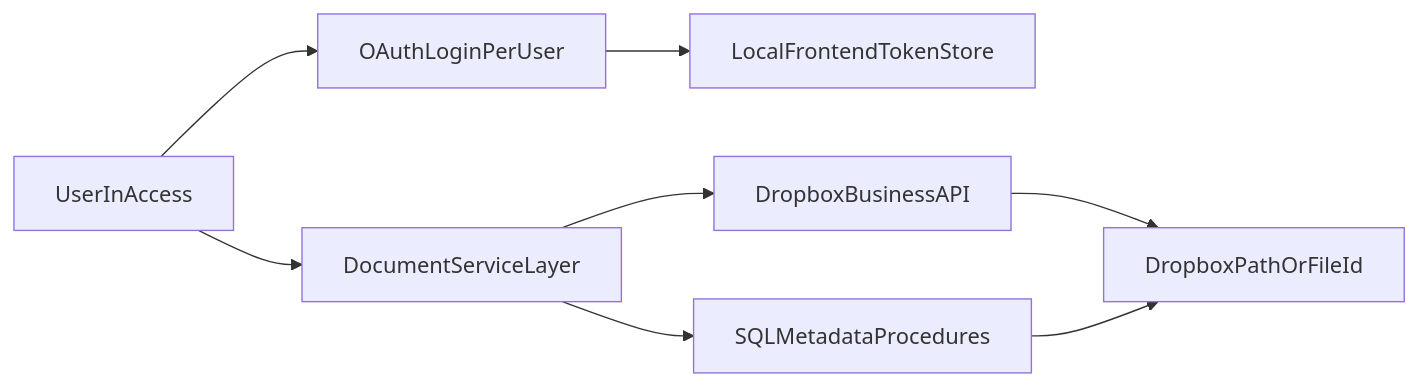
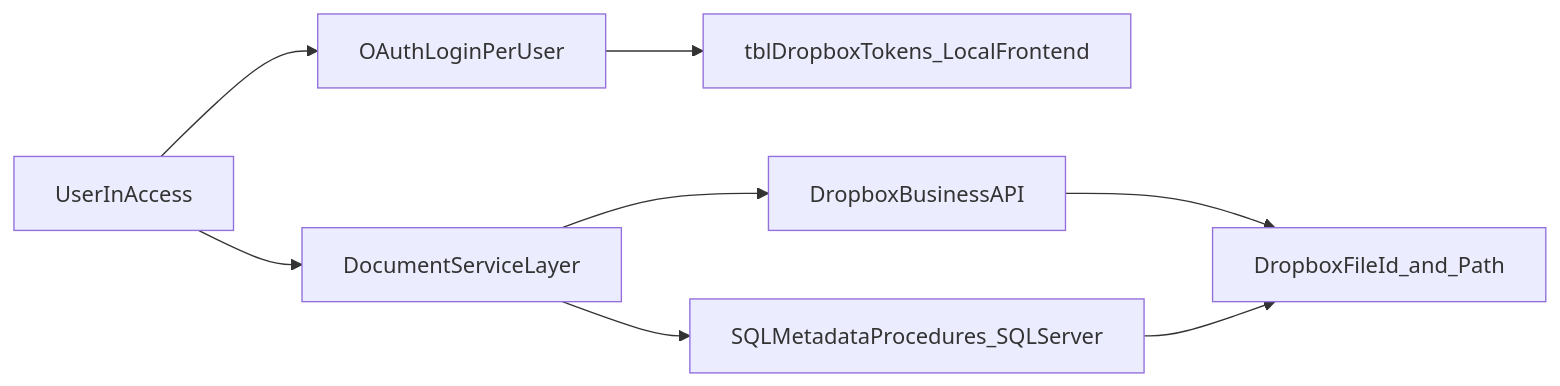
The diagram in docs/dropbox-migration-plan.md (indrasugianto/TateByWater-DocumentManagement), drawn with Mermaid before and after one commit. The commit also changed other lines of this file and 1 other file, not shown here.

````diff
--- a/docs/dropbox-migration-plan.md
+++ b/docs/dropbox-migration-plan.md
@@ -15,10 +68,10 @@
 ```mermaid
 flowchart LR
   user[UserInAccess] --> auth[OAuthLoginPerUser]
-  auth --> localToken[LocalFrontendTokenStore]
+  auth --> localToken[tblDropboxTokens_LocalFrontend]
   user --> docSvc[DocumentServiceLayer]
   docSvc --> dropbox[DropboxBusinessAPI]
-  docSvc --> sqlMeta[SQLMetadataProcedures]
-  dropbox --> fileRef[DropboxPathOrFileId]
+  docSvc --> sqlMeta[SQLMetadataProcedures_SQLServer]
+  dropbox --> fileRef[DropboxFileId_and_Path]
   sqlMeta --> fileRef
 ```
````
